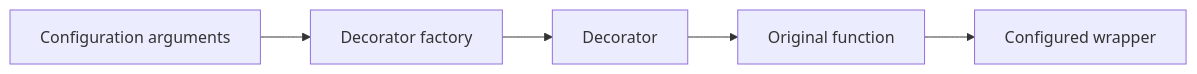
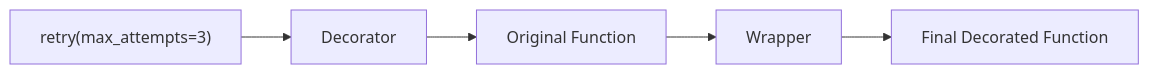
Before and after one commit to AvadhBhalodiya/Interview-Preparation: the second of 3 diagrams in src/content/python/decorators.md, drawn with Mermaid. The commit also changed other lines of this file and 80 other files, not shown here.

````diff
--- a/src/content/python/decorators.md
+++ b/src/content/python/decorators.md
@@ -315,7 +201,7 @@
 ```mermaid
 flowchart LR
-    A[Configuration arguments] --> B[Decorator factory]
-    B --> C[Decorator]
-    C --> D[Original function]
-    D --> E[Configured wrapper]
+    A["retry(max_attempts=3)"] --> B[Decorator]
+    B --> C[Original Function]
+    C --> D[Wrapper]
+    D --> E[Final Decorated Function]
 ```
````
